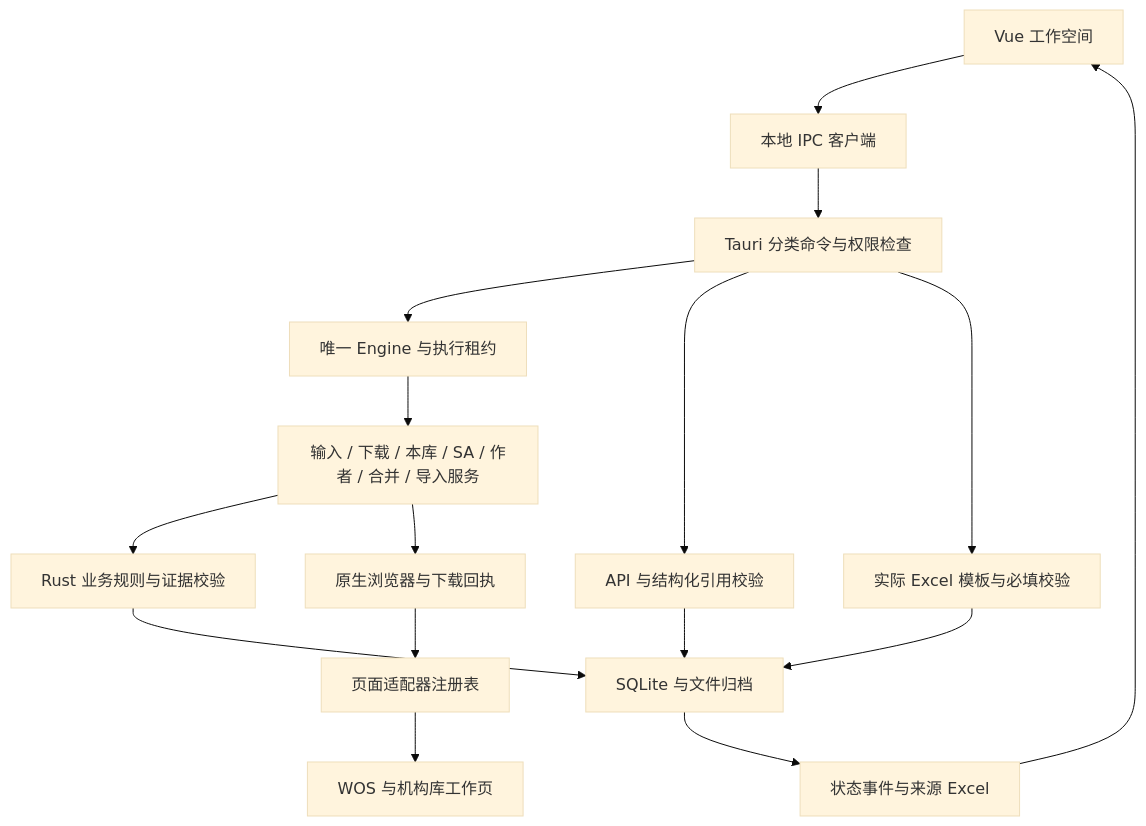
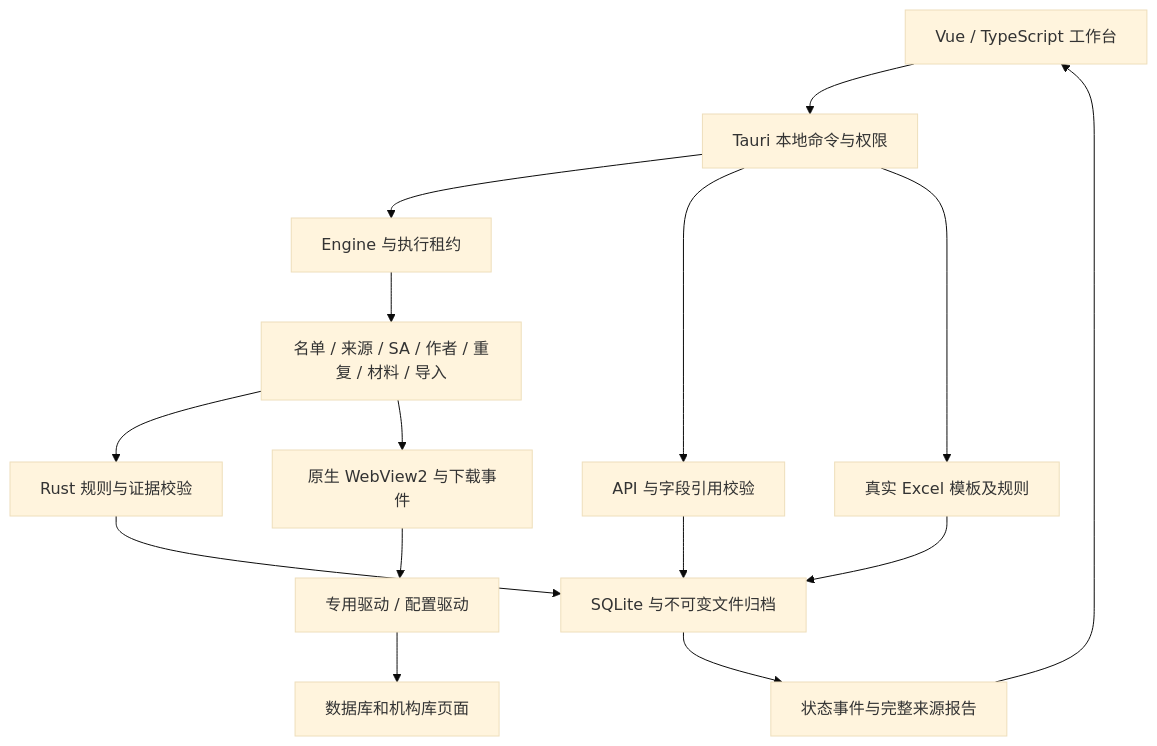
One commit to Lawrenclia/Library_code changed the diagram in docs/FRAMEWORK.md. Above: the diagram before and after it, drawn with Mermaid (base theme). The commit also changed other lines of this file and 43 other files, not shown here.

````diff
--- a/docs/FRAMEWORK.md
+++ b/docs/FRAMEWORK.md
@@ -11,18 +11,17 @@
 ```mermaid
 flowchart TD
-  UI[Vue 工作空间] --> Client[本地 IPC 客户端]
-  Client --> IPC[Tauri 分类命令与权限检查]
-  IPC --> Engine[唯一 Engine 与执行租约]
-  Engine --> Services[输入 / 下载 / 本库 / SA / 作者 / 合并 / 导入服务]
-  Services --> Core[Rust 业务规则与证据校验]
-  Services --> Browser[原生浏览器与下载回执]
-  Browser --> Registry[页面适配器注册表]
-  Registry --> Remote[WOS 与机构库工作页]
-  Core --> Store[SQLite 与文件归档]
-  Store --> Events[状态事件与来源 Excel]
+  UI[Vue / TypeScript 工作台] --> IPC[Tauri 本地命令与权限]
+  IPC --> Engine[Engine 与执行租约]
+  Engine --> Services[名单 / 来源 / SA / 作者 / 重复 / 材料 / 导入]
+  Services --> Core[Rust 规则与证据校验]
+  Services --> Browser[原生 WebView2 与下载事件]
+  Browser --> Driver[专用驱动 / 配置驱动]
+  Driver --> Pages[数据库和机构库页面]
+  Core --> Store[SQLite 与不可变文件归档]
+  Store --> Events[状态事件与完整来源报告]
   Events --> UI
-  IPC --> AI[API 与结构化引用校验]
-  IPC --> Templates[实际 Excel 模板与必填校验]
+  IPC --> AI[API 与字段引用校验]
+  IPC --> Templates[真实 Excel 模板及规则]
   AI --> Store
   Templates --> Store
 ```
````
